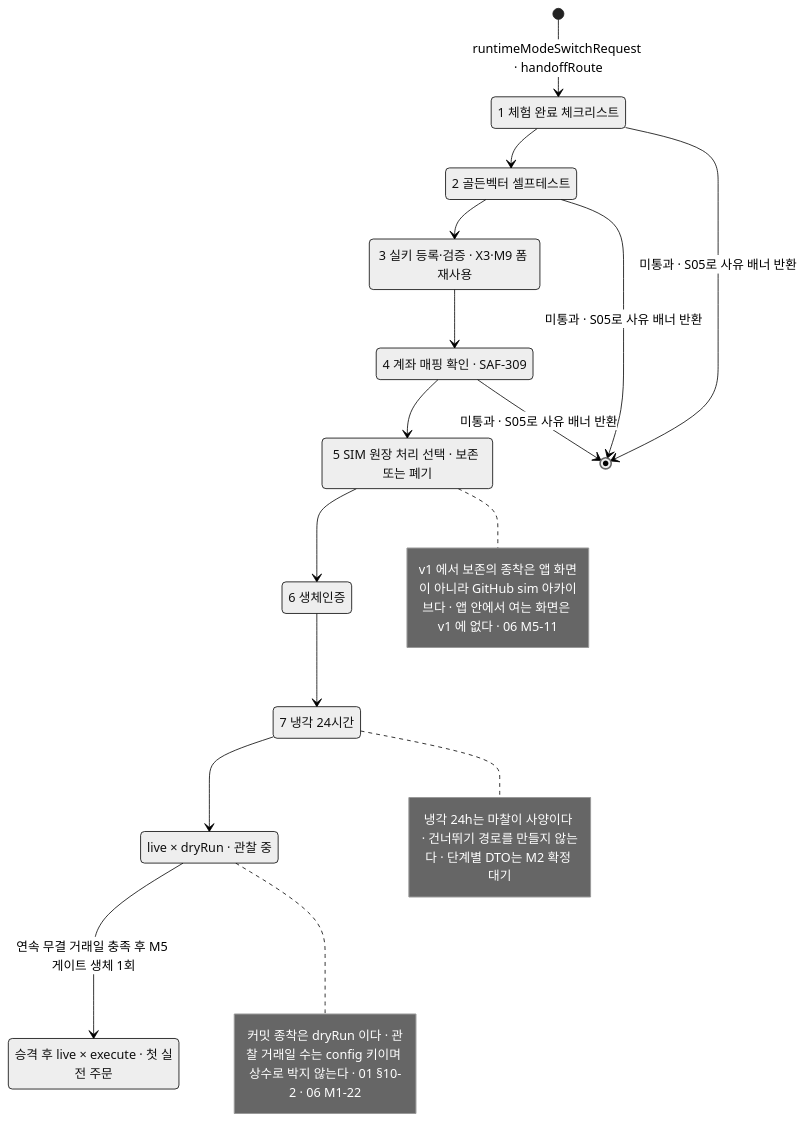
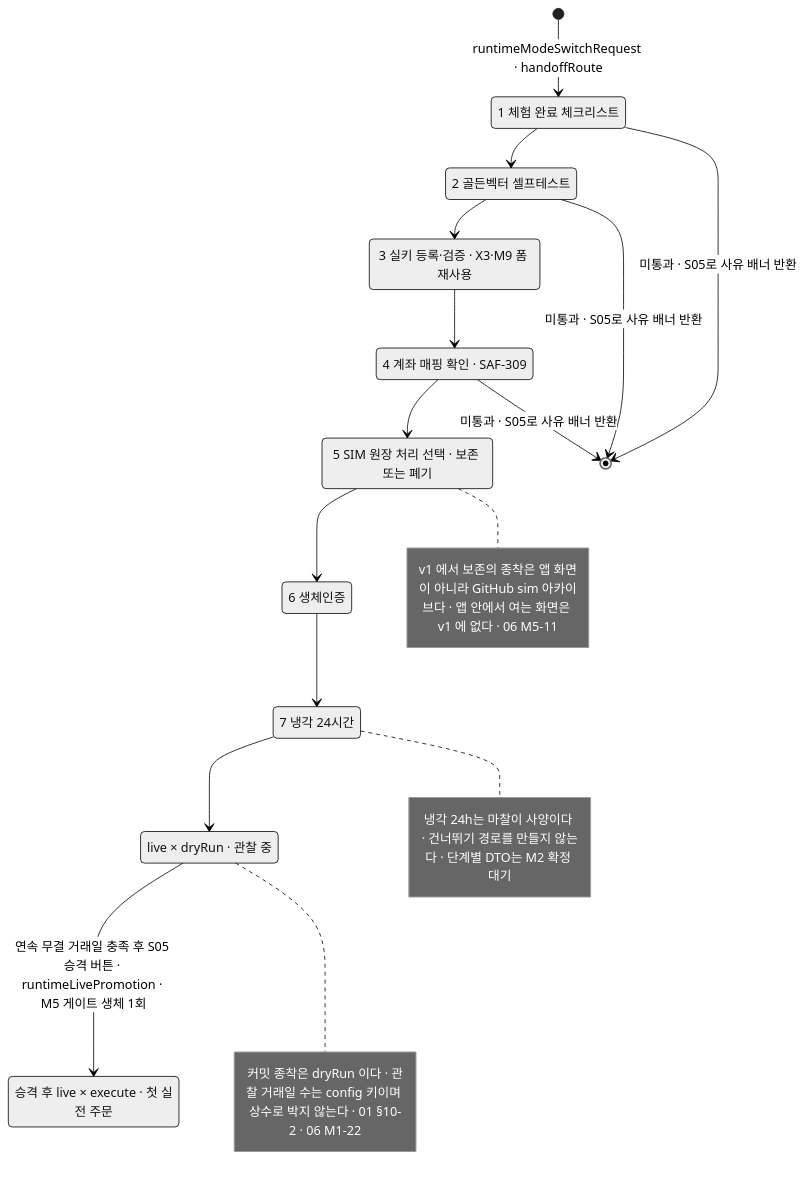
Before and after one commit to billybeom/AutoAlphaQuant: diagram 14 of 24 in docs/ai-context/05_화면명세_M9_설정_관리자.md, drawn with Mermaid (neutral theme). The commit also changed other lines of this file and 4 other files, not shown here.

````diff
--- a/docs/ai-context/05_화면명세_M9_설정_관리자.md
+++ b/docs/ai-context/05_화면명세_M9_설정_관리자.md
@@ -557,27 +560,27 @@
 ```mermaid
 stateDiagram-v2
   state "1 체험 완료 체크리스트" as W1
   state "2 골든벡터 셀프테스트" as W2
   state "3 실키 등록·검증 · X3·M9 폼 재사용" as W3
   state "4 계좌 매핑 확인 · SAF-309" as W4
   state "5 SIM 원장 처리 선택 · 보존 또는 폐기" as W5
   state "6 생체인증" as W6
   state "7 냉각 24시간" as W7
   state "live × dryRun · 관찰 중" as LV
   state "승격 후 live × execute · 첫 실전 주문" as LVX
   [*] --> W1 : runtimeModeSwitchRequest · handoffRoute
   W1 --> W2
   W2 --> W3
   W3 --> W4
   W4 --> W5
   W5 --> W6
   W6 --> W7
   W7 --> LV
-  LV --> LVX : 연속 무결 거래일 충족 후 M5 게이트 생체 1회
+  LV --> LVX : 연속 무결 거래일 충족 후 S05 승격 버튼 · runtimeLivePromotion · M5 게이트 생체 1회
   W1 --> [*] : 미통과 · S05로 사유 배너 반환
   W2 --> [*] : 미통과 · S05로 사유 배너 반환
   W4 --> [*] : 미통과 · S05로 사유 배너 반환
   note right of LV : 커밋 종착은 dryRun 이다 · 관찰 거래일 수는 config 키이며 상수로 박지 않는다 · 01 §10-2 · 06 M1-22
   note right of W5 : v1 에서 보존의 종착은 앱 화면이 아니라 GitHub sim 아카이브다 · 앱 안에서 여는 화면은 v1 에 없다 · 06 M5-11
   note right of W7 : 냉각 24h는 마찰이 사양이다 · 건너뛰기 경로를 만들지 않는다 · 단계별 DTO는 M2 확정 대기
 ```
````
